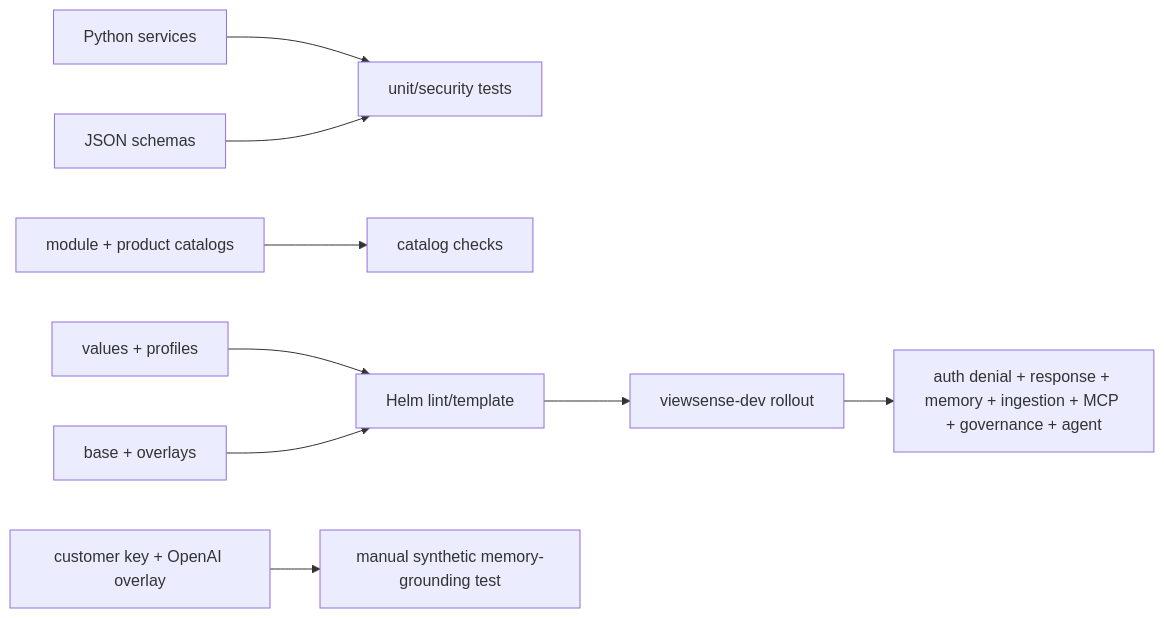
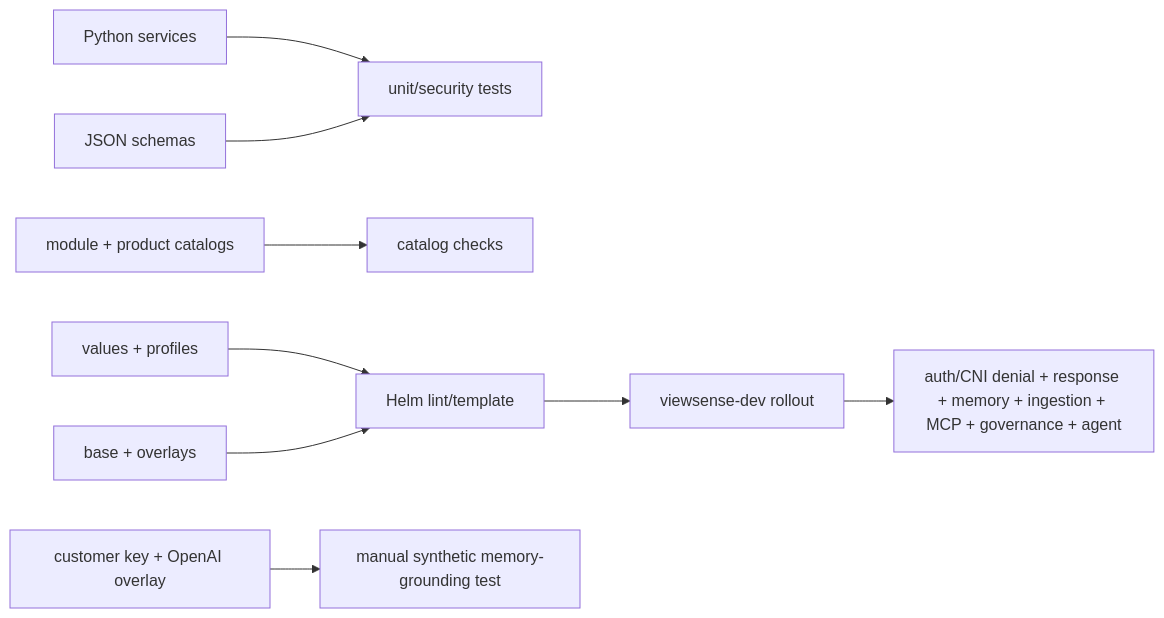
One commit to diaryfolio/aiops-fabric changed the third of 3 diagrams in docs/design/high-level/00-implementation-conformance.md. Above: the diagram before and after it, drawn with Mermaid. The commit also changed other lines of this file and 11 other files, not shown here.

````diff
--- a/docs/design/high-level/00-implementation-conformance.md
+++ b/docs/design/high-level/00-implementation-conformance.md
@@ -120,11 +122,11 @@
 ```mermaid
 flowchart LR
     Source["Python services"] --> Unit["unit/security tests"]
     Contracts["JSON schemas"] --> Unit
     Modules["module + product catalogs"] --> Catalog["catalog checks"]
     Helm["values + profiles"] --> Render["Helm lint/template"]
     Kustomize["base + overlays"] --> Render
     Render --> K8s["viewsense-dev rollout"]
-    K8s --> Smoke["auth denial + response + memory + ingestion + MCP + governance + agent"]
+    K8s --> Smoke["auth/CNI denial + response + memory + ingestion + MCP + governance + agent"]
     OpenAIProfile["customer key + OpenAI overlay"] --> Live["manual synthetic memory-grounding test"]
 ```
````
